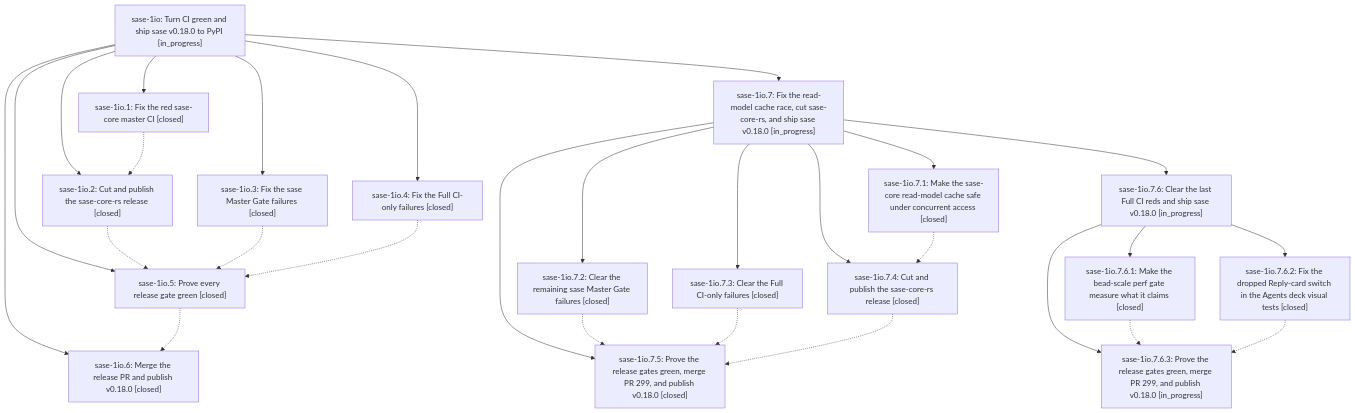
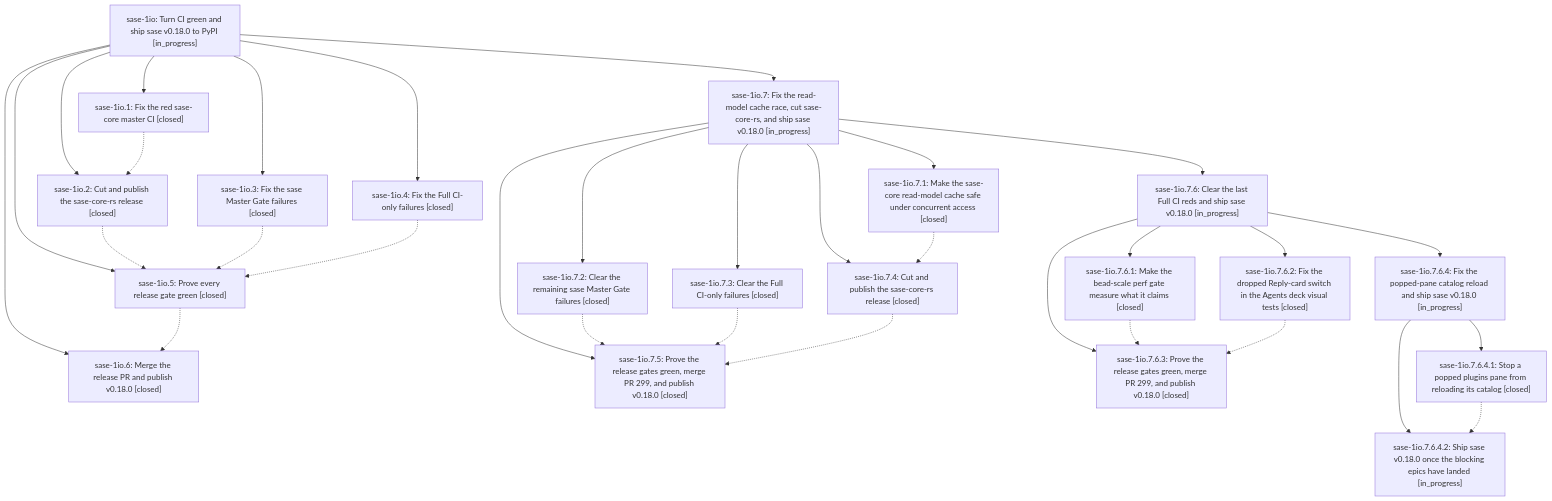
One commit to sase-org/sase--beads changed the diagram in pages/sase-1io/README.md. Above: the diagram before and after it, drawn with Mermaid. The commit also changed other lines of this file and 7 other files, not shown here.

````diff
--- a/pages/sase-1io/README.md
+++ b/pages/sase-1io/README.md
@@ -45,47 +45,54 @@
 ```mermaid
 flowchart TD
     n0["sase-1io: Turn CI green and ship sase v0.18.0 to PyPI [in_progress]"]
     n1["sase-1io.1: Fix the red sase-core master CI [closed]"]
     n2["sase-1io.2: Cut and publish the sase-core-rs release [closed]"]
     n3["sase-1io.3: Fix the sase Master Gate failures [closed]"]
     n4["sase-1io.4: Fix the Full CI-only failures [closed]"]
     n5["sase-1io.5: Prove every release gate green [closed]"]
     n6["sase-1io.6: Merge the release PR and publish v0.18.0 [closed]"]
     n7["sase-1io.7: Fix the read-model cache race, cut sase-core-rs, and ship sase v0.18.0 [in_progress]"]
     n8["sase-1io.7.1: Make the sase-core read-model cache safe under concurrent access [closed]"]
     n9["sase-1io.7.2: Clear the remaining sase Master Gate failures [closed]"]
     n10["sase-1io.7.3: Clear the Full CI-only failures [closed]"]
     n11["sase-1io.7.4: Cut and publish the sase-core-rs release [closed]"]
     n12["sase-1io.7.5: Prove the release gates green, merge PR 299, and publish v0.18.0 [closed]"]
     n13["sase-1io.7.6: Clear the last Full CI reds and ship sase v0.18.0 [in_progress]"]
     n14["sase-1io.7.6.1: Make the bead-scale perf gate measure what it claims [closed]"]
     n15["sase-1io.7.6.2: Fix the dropped Reply-card switch in the Agents deck visual tests [closed]"]
-    n16["sase-1io.7.6.3: Prove the release gates green, merge PR 299, and publish v0.18.0 [in_progress]"]
+    n16["sase-1io.7.6.3: Prove the release gates green, merge PR 299, and publish v0.18.0 [closed]"]
+    n17["sase-1io.7.6.4: Fix the popped-pane catalog reload and ship sase v0.18.0 [in_progress]"]
+    n18["sase-1io.7.6.4.1: Stop a popped plugins pane from reloading its catalog [closed]"]
+    n19["sase-1io.7.6.4.2: Ship sase v0.18.0 once the blocking epics have landed [in_progress]"]
     n0 --> n1
     n0 --> n2
     n0 --> n3
     n0 --> n4
     n0 --> n5
     n0 --> n6
     n0 --> n7
     n7 --> n8
     n7 --> n9
     n7 --> n10
     n7 --> n11
     n7 --> n12
     n7 --> n13
     n13 --> n14
     n13 --> n15
     n13 --> n16
+    n13 --> n17
+    n17 --> n18
+    n17 --> n19
     n1 -.-> n2
     n2 -.-> n5
     n3 -.-> n5
     n4 -.-> n5
     n5 -.-> n6
     n8 -.-> n11
     n9 -.-> n12
     n10 -.-> n12
     n11 -.-> n12
     n14 -.-> n16
     n15 -.-> n16
+    n18 -.-> n19
 ```
````
